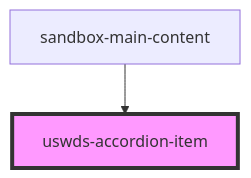
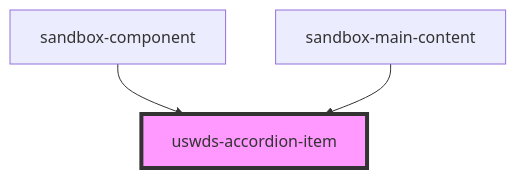
Before and after one commit to WeissCenter/uswds-sandbox: the diagram in packages/weiss-sandbox/src/components/uswds-accordion-item/readme.md, drawn with Mermaid. The commit also changed other lines of this file and 9 other files, not shown here.

````diff
--- a/packages/weiss-sandbox/src/components/uswds-accordion-item/readme.md
+++ b/packages/weiss-sandbox/src/components/uswds-accordion-item/readme.md
@@ -23,5 +24,6 @@
 ```mermaid
 graph TD;
+  sandbox-component --> uswds-accordion-item
   sandbox-main-content --> uswds-accordion-item
   style uswds-accordion-item fill:#f9f,stroke:#333,stroke-width:4px
 ```
````
